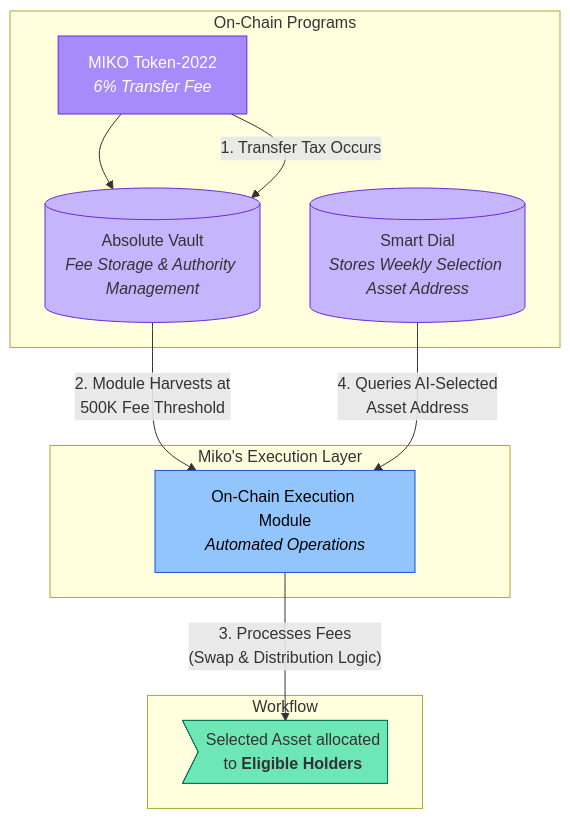
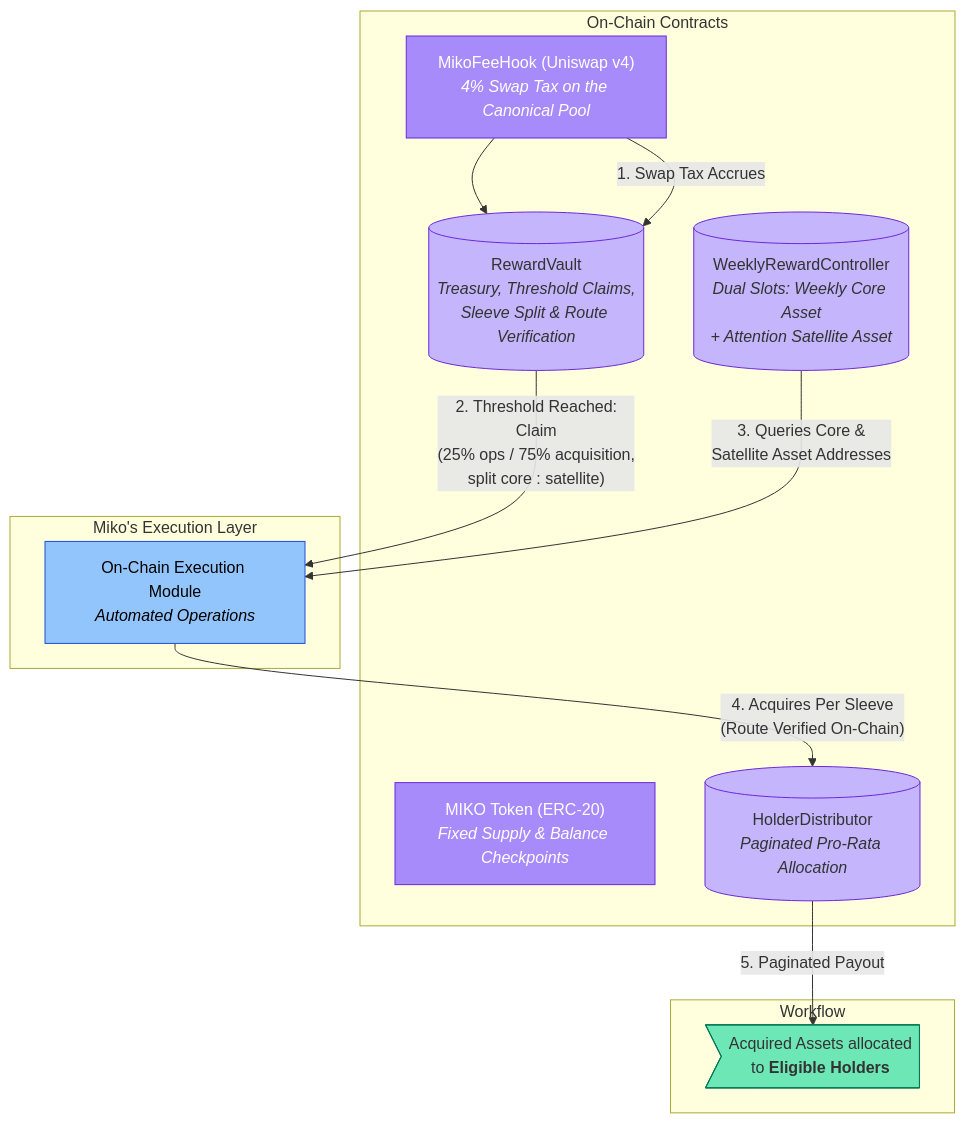
The first of 2 diagrams in docs/technical-architecture/smart-contracts.md (Miko-Protocol/docs), drawn with Mermaid before and after one commit. The commit also changed other lines of this file and 18 other files, not shown here.

````diff
--- a/docs/technical-architecture/smart-contracts.md
+++ b/docs/technical-architecture/smart-contracts.md
@@ -9,23 +9,27 @@
 ```mermaid
 graph TD
-    subgraph "On-Chain Programs"
-        A["MIKO Token-2022<br><i>6% Transfer Fee</i>"] --> B
-        B[("Absolute Vault<br><i>Fee Storage & Authority Management</i>")]
-        C[("Smart Dial<br><i>Stores Weekly Selection Asset Address</i>")]
+    subgraph "On-Chain Contracts"
+        A["MIKO Token (ERC-20)<br><i>Fixed Supply & Balance Checkpoints</i>"]
+        H["MikoFeeHook (Uniswap v4)<br><i>4% Swap Tax on the Canonical Pool</i>"] --> B
+        B[("RewardVault<br><i>Treasury, Threshold Claims,<br/>Sleeve Split & Route Verification</i>")]
+        C[("WeeklyRewardController<br><i>Dual Slots: Weekly Core Asset<br/>+ Attention Satellite Asset</i>")]
+        F[("HolderDistributor<br><i>Paginated Pro-Rata Allocation</i>")]
     end
     subgraph "Miko's Execution Layer"
         D["On-Chain Execution Module<br><i>Automated Operations</i>"]
     end
     subgraph "Workflow"
-        A -- "1#46; Transfer Tax Occurs" --> B
-        B -- "2#46; Module Harvests at<br>500K Fee Threshold" --> D
-        C -- "4#46; Queries AI-Selected<br>Asset Address" --> D
-        D -- "3#46; Processes Fees<br>(Swap & Distribution Logic)" --> E
-        E>"Selected Asset allocated<br>to <b>Eligible Holders</b>"]
+        H -- "1#46; Swap Tax Accrues" --> B
+        B -- "2#46; Threshold Reached:<br/>Claim<br/>(25% ops / 75% acquisition,<br/>split core : satellite)" --> D
+        C -- "3#46; Queries Core &<br/>Satellite Asset Addresses" --> D
+        D -- "4#46; Acquires Per Sleeve<br/>(Route Verified On-Chain)" --> F
+        F -- "5#46; Paginated Payout" --> E>"Acquired Assets allocated<br>to <b>Eligible Holders</b>"]
     end
     style A fill:#a78bfa,stroke:#6d28d9,color:#fff
+    style H fill:#a78bfa,stroke:#6d28d9,color:#fff
     style B fill:#c4b5fd,stroke:#6d28d9
     style C fill:#c4b5fd,stroke:#6d28d9
+    style F fill:#c4b5fd,stroke:#6d28d9
     style D fill:#93c5fd,stroke:#1d4ed8,color:#000
     style E fill:#6ee7b7,stroke:#047857
 ```
````
